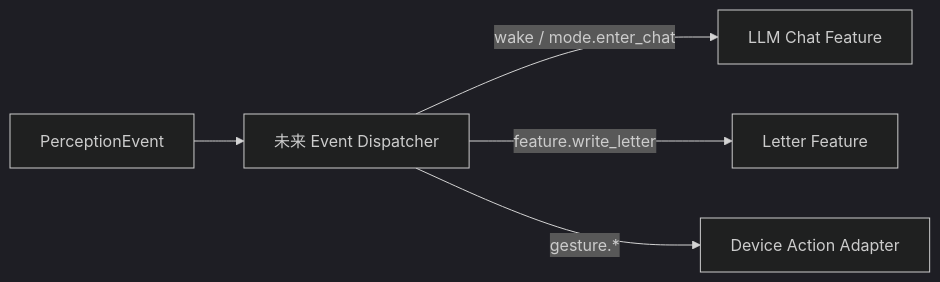
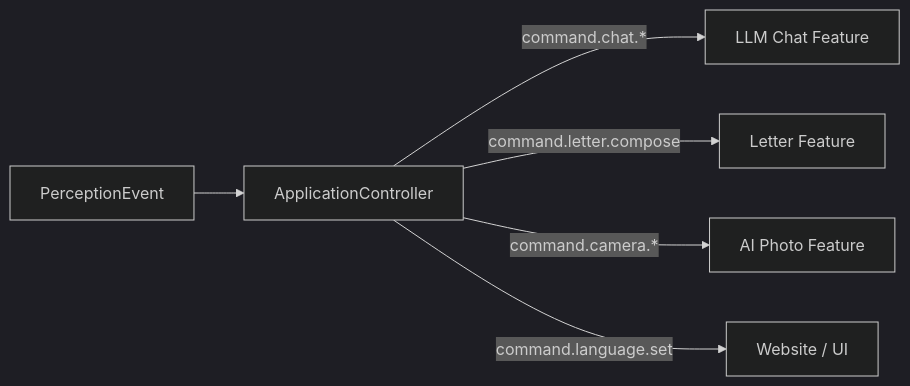
The fourth of 4 diagrams in docs/app-pipeline.md (CrazyJassBread/desktop_bot), drawn with Mermaid (dark theme) before and after one commit. The commit also changed other lines of this file and 21 other files, not shown here.

````diff
--- a/docs/app-pipeline.md
+++ b/docs/app-pipeline.md
@@ -780,7 +808,8 @@
 ```mermaid
 flowchart LR
-    Event["PerceptionEvent"] --> Dispatcher["未来 Event Dispatcher"]
-    Dispatcher -->|"wake / mode.enter_chat"| Chat["LLM Chat Feature"]
-    Dispatcher -->|"feature.write_letter"| Letter["Letter Feature"]
-    Dispatcher -->|"gesture.*"| Device["Device Action Adapter"]
+    Event["PerceptionEvent"] --> Dispatcher["ApplicationController"]
+    Dispatcher -->|"command.chat.*"| Chat["LLM Chat Feature"]
+    Dispatcher -->|"command.letter.compose"| Letter["Letter Feature"]
+    Dispatcher -->|"command.camera.*"| Photo["AI Photo Feature"]
+    Dispatcher -->|"command.language.set"| Web["Website / UI"]
 ```
````
